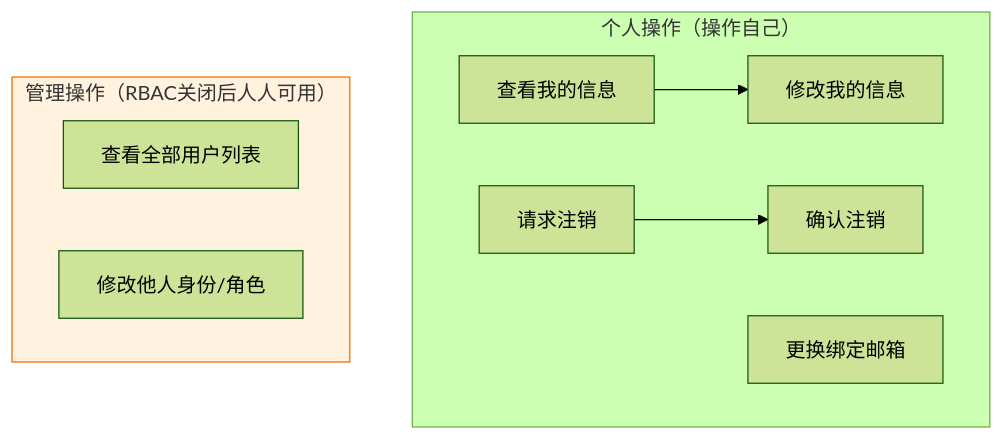
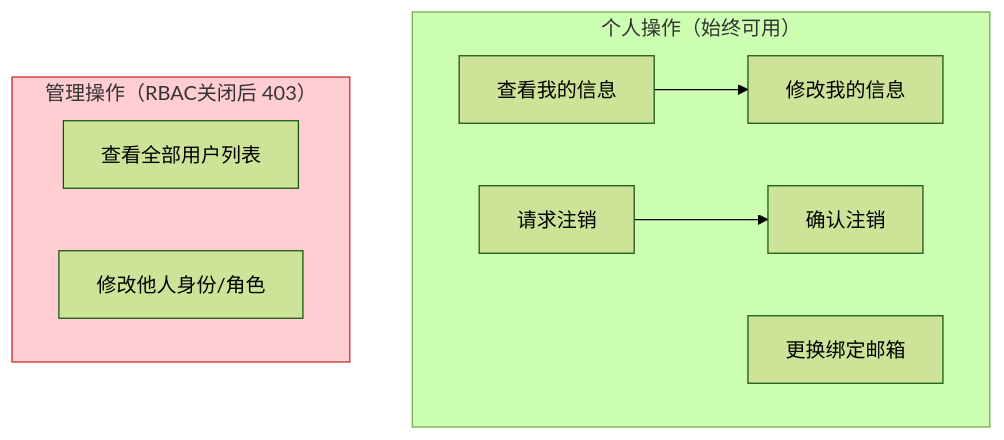
The third of 9 diagrams in technical-analysis-docs/feature-list-without-rbac.md (jiabai/open-skillhub), drawn with Mermaid (forest theme) before and after one commit. The commit also changed other lines of this file and 3 other files, not shown here.

````diff
--- a/technical-analysis-docs/feature-list-without-rbac.md
+++ b/technical-analysis-docs/feature-list-without-rbac.md
@@ -118,21 +118,21 @@
 ```mermaid
 flowchart TD
-    subgraph 个人操作["个人操作（操作自己）"]
+    subgraph 个人操作["个人操作（始终可用）"]
         ME_GET[查看我的信息]
         ME_PUT[修改我的信息]
         BIND[更换绑定邮箱]
         DEL_REQ[请求注销]
         DEL_CONFIRM[确认注销]
     end
 
-    subgraph 管理操作["管理操作（RBAC关闭后人人可用）"]
+    subgraph 管理操作["管理操作（RBAC关闭后 403）"]
         LIST[查看全部用户列表]
         IDENTITY[修改他人身份/角色]
     end
 
     ME_GET --> ME_PUT
     DEL_REQ --> DEL_CONFIRM
     BIND
 
-    style 管理操作 fill:#fff3e0,stroke:#ef6c00
+    style 管理操作 fill:#ffcdd2,stroke:#c62828
 ```
````
